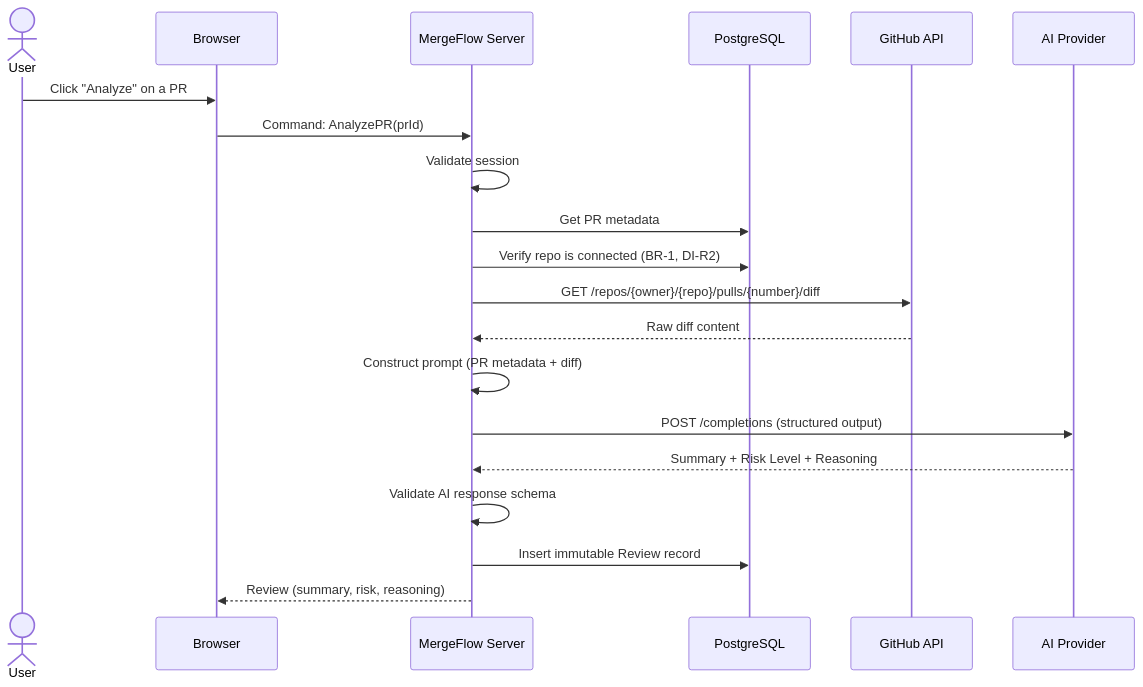
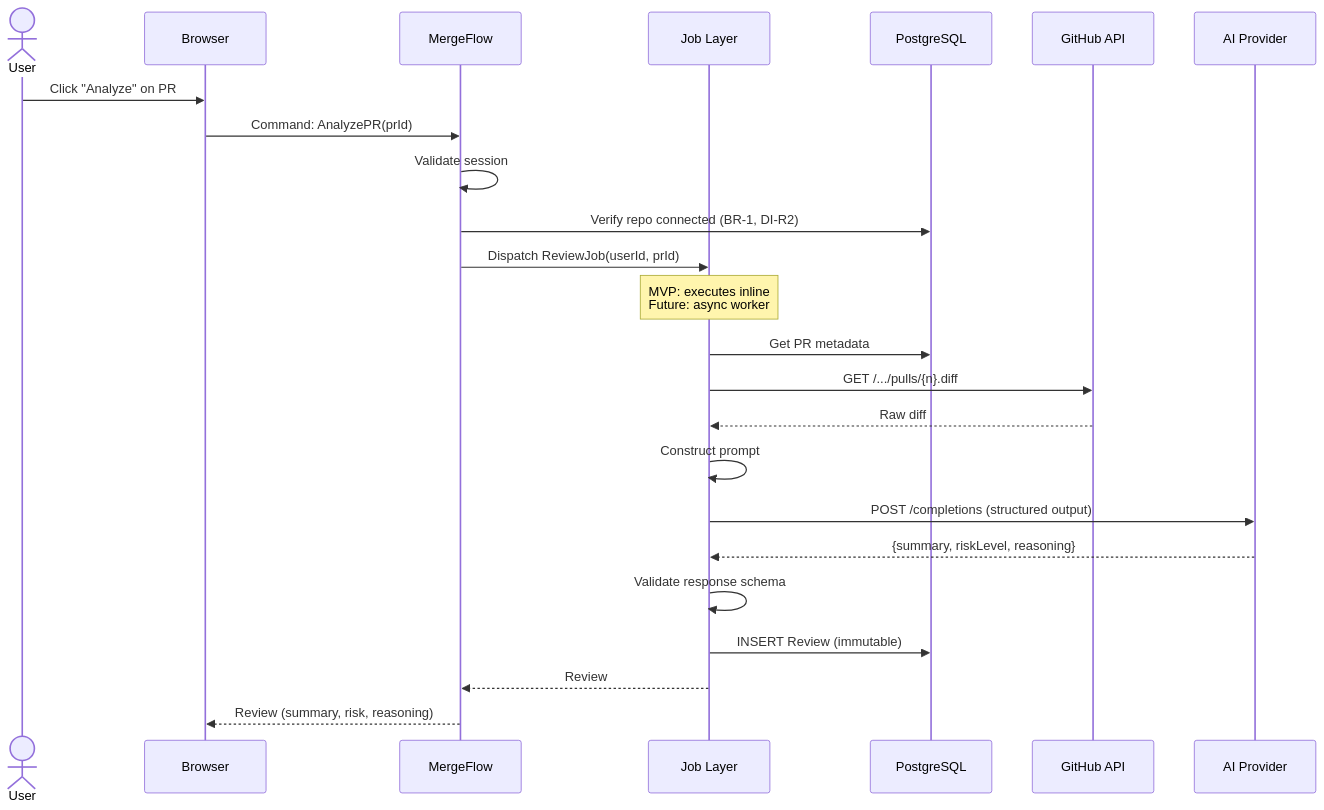
The seventh of 10 diagrams in docs/03-system-architecture.md (sankar-chaitanya2025/MergeFlow), drawn with Mermaid before and after one commit. The commit also changed other lines of this file, not shown here.

Commit message:
docs: revise architecture ADRs and add canonical C4 diagrams

````diff
--- a/docs/03-system-architecture.md
+++ b/docs/03-system-architecture.md
@@ -305,25 +349,29 @@
 ```mermaid
 sequenceDiagram
     actor User
     participant Browser
-    participant Server as MergeFlow Server
+    participant Server as MergeFlow
+    participant JobLayer as Job Layer
     participant DB as PostgreSQL
     participant GitHub as GitHub API
     participant AI as AI Provider
 
-    User->>Browser: Click "Analyze" on a PR
+    User->>Browser: Click "Analyze" on PR
     Browser->>Server: Command: AnalyzePR(prId)
     Server->>Server: Validate session
-    Server->>DB: Get PR metadata
-    Server->>DB: Verify repo is connected (BR-1, DI-R2)
-    Server->>GitHub: GET /repos/{owner}/{repo}/pulls/{number}/diff
-    GitHub-->>Server: Raw diff content
+    Server->>DB: Verify repo connected (BR-1, DI-R2)
+    Server->>JobLayer: Dispatch ReviewJob(userId, prId)
     
-    Server->>Server: Construct prompt (PR metadata + diff)
-    Server->>AI: POST /completions (structured output)
-    AI-->>Server: Summary + Risk Level + Reasoning
-    
-    Server->>Server: Validate AI response schema
-    Server->>DB: Insert immutable Review record
+    Note over JobLayer: MVP: executes inline<br/>Future: async worker
+
+    JobLayer->>DB: Get PR metadata
+    JobLayer->>GitHub: GET /.../pulls/{n}.diff
+    GitHub-->>JobLayer: Raw diff
+    JobLayer->>JobLayer: Construct prompt
+    JobLayer->>AI: POST /completions (structured output)
+    AI-->>JobLayer: {summary, riskLevel, reasoning}
+    JobLayer->>JobLayer: Validate response schema
+    JobLayer->>DB: INSERT Review (immutable)
+    JobLayer-->>Server: Review
     Server-->>Browser: Review (summary, risk, reasoning)
 ```
````
